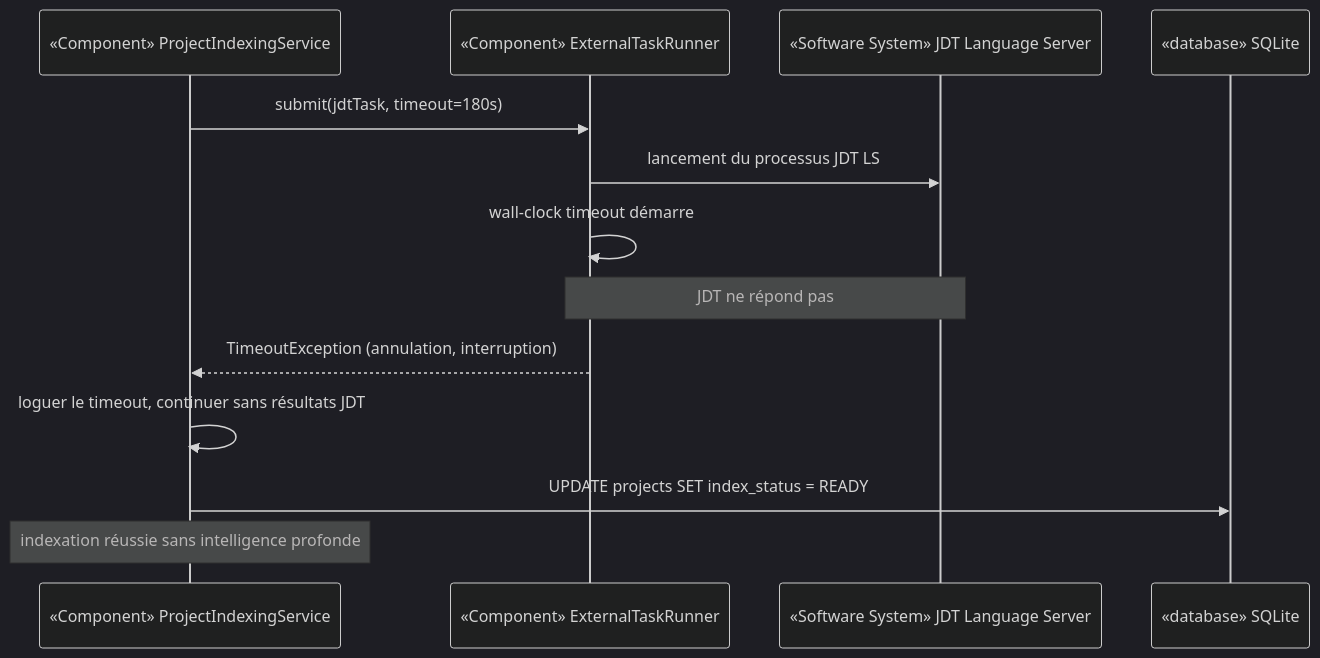
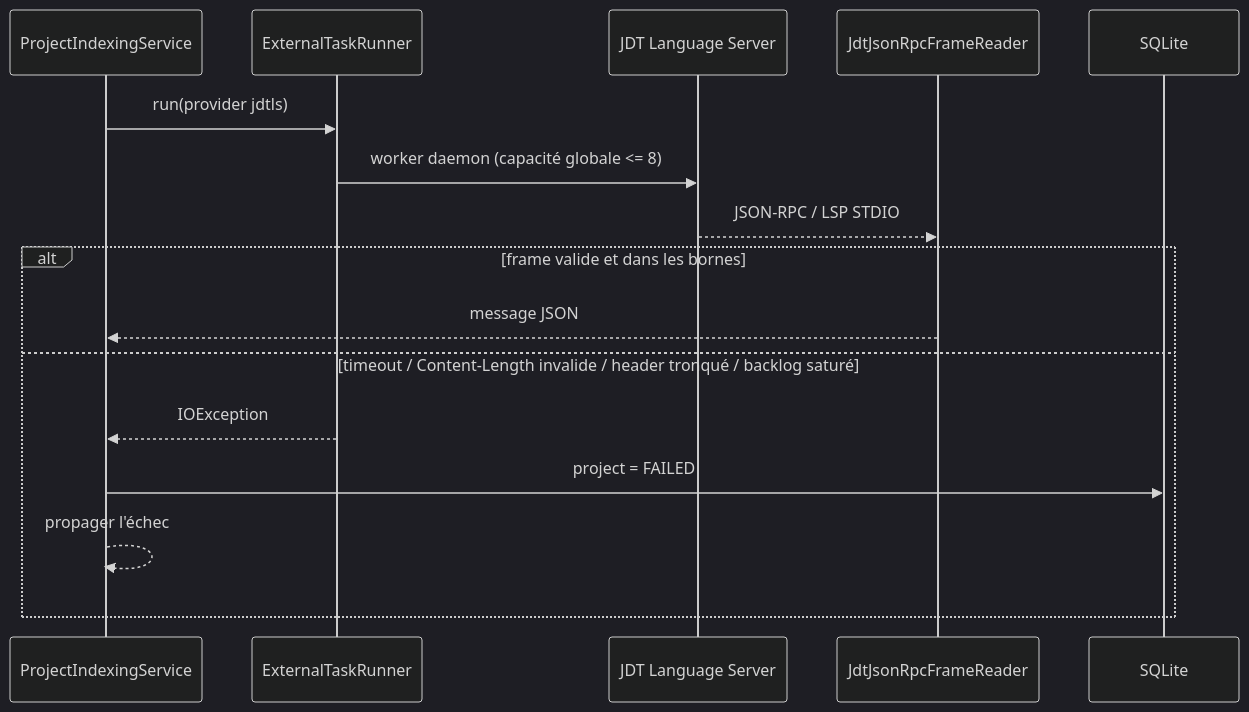
One commit to FTurleque/nexus-context-engine changed the fourth of 8 diagrams in docs/architecture/arc42/06-vue-execution.md. Above: the diagram before and after it, drawn with Mermaid (dark theme). The commit also changed other lines of this file, not shown here.

````diff
--- a/docs/architecture/arc42/06-vue-execution.md
+++ b/docs/architecture/arc42/06-vue-execution.md
@@ -139,16 +115,19 @@
 ```mermaid
 sequenceDiagram
-    participant IndexSvc as «Component» ProjectIndexingService
-    participant Runner as «Component» ExternalTaskRunner
-    participant JDT as «Software System» JDT Language Server
-    participant SQLiteDB as «database» SQLite
+    participant Index as ProjectIndexingService
+    participant Runner as ExternalTaskRunner
+    participant JDT as JDT Language Server
+    participant Frame as JdtJsonRpcFrameReader
+    participant SQLite as SQLite
 
-    IndexSvc->>Runner: submit(jdtTask, timeout=180s)
-    Runner->>JDT: lancement du processus JDT LS
-    Runner->>Runner: wall-clock timeout démarre
-    Note over Runner,JDT: JDT ne répond pas
-    Runner-->>IndexSvc: TimeoutException (annulation, interruption)
-    IndexSvc->>IndexSvc: loguer le timeout, continuer sans résultats JDT
-    IndexSvc->>SQLiteDB: UPDATE projects SET index_status = READY
-    Note over IndexSvc: indexation réussie sans intelligence profonde
+    Index->>Runner: run(provider jdtls)
+    Runner->>JDT: worker daemon (capacité globale <= 8)
+    JDT-->>Frame: JSON-RPC / LSP STDIO
+    alt frame valide et dans les bornes
+        Frame-->>Index: message JSON
+    else timeout / Content-Length invalide / header tronqué / backlog saturé
+        Runner-->>Index: IOException
+        Index->>SQLite: project = FAILED
+        Index-->>Index: propager l'échec
+    end
 ```
````
